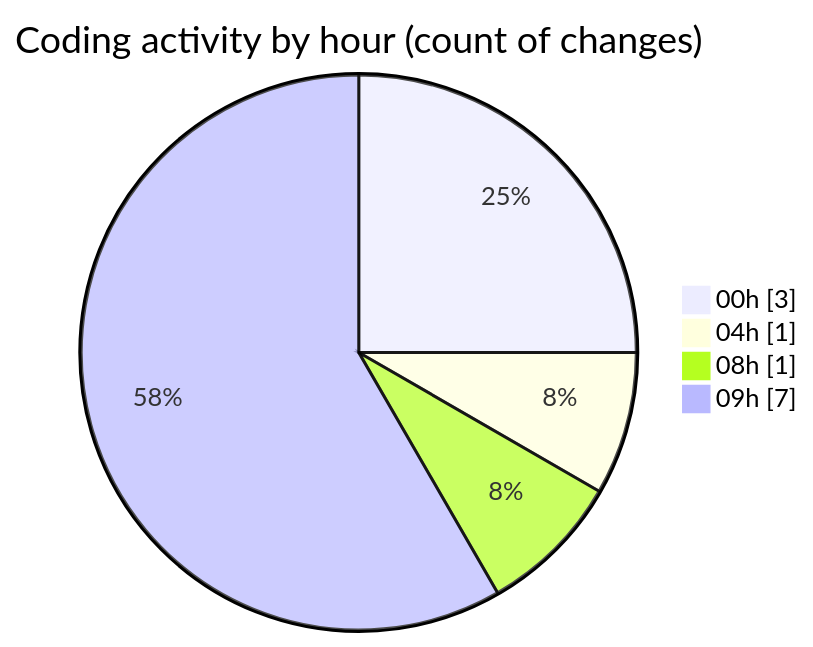
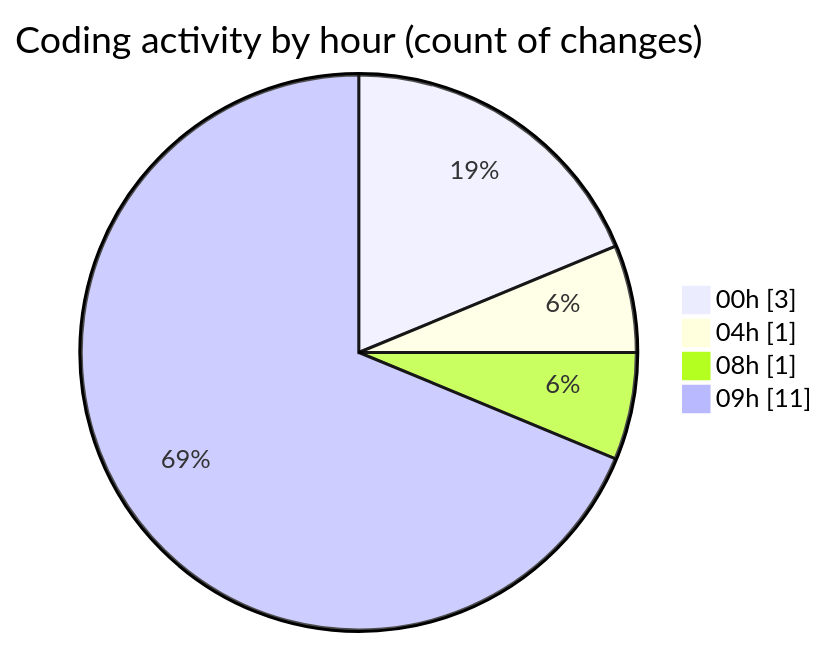
Before and after one commit to tmsrecording-cyber/code-tracking: the second of 2 diagrams in 2026-02-03/singularitybrainai/README.md, drawn with Mermaid. The commit also changed other lines of this file and 1 other file, not shown here.

````diff
--- a/2026-02-03/singularitybrainai/README.md
+++ b/2026-02-03/singularitybrainai/README.md
@@ -31,8 +33,8 @@
 ```mermaid
 pie showData
 title Coding activity by hour (count of changes)
 "00h" : 3
 "04h" : 1
 "08h" : 1
-"09h" : 7
+"09h" : 11
 ```
````
